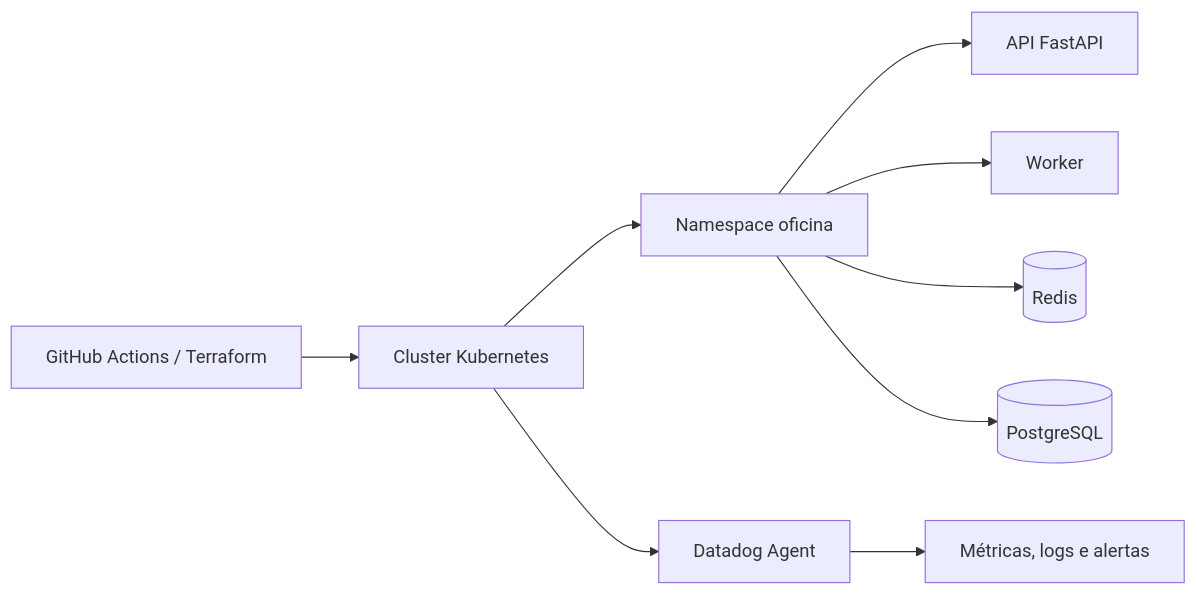
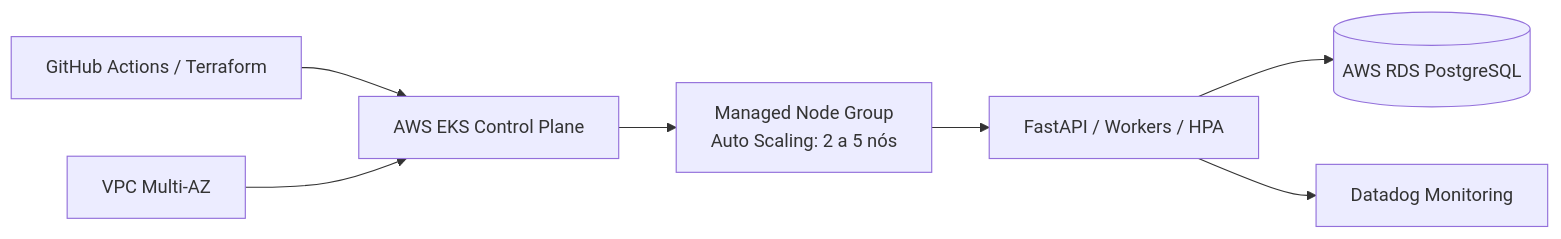
One commit to jptureta/PosTechFiap_Mecanica_k8s-infra changed the diagram in README.md. Above: the diagram before and after it, drawn with Mermaid. The commit also changed other lines of this file and 12 other files, not shown here.

````diff
--- a/README.md
+++ b/README.md
@@ -18,11 +18,9 @@
 ```mermaid
 flowchart LR
-    Pipeline[GitHub Actions / Terraform] --> Cluster[Cluster Kubernetes]
-    Cluster --> NS[Namespace oficina]
-    NS --> API[API FastAPI]
-    NS --> Worker[Worker]
-    NS --> Redis[(Redis)]
-    NS --> DB[(PostgreSQL)]
-    Cluster --> DD[Datadog Agent]
-    DD --> Signals[Métricas, logs e alertas]
+    Pipeline[GitHub Actions / Terraform] --> EKS[AWS EKS Control Plane]
+    VPC[VPC Multi-AZ] --> EKS
+    EKS --> NodeGroup[Managed Node Group\nAuto Scaling: 2 a 5 nós]
+    NodeGroup --> Pods[FastAPI / Workers / HPA]
+    Pods --> RDS[(AWS RDS PostgreSQL)]
+    Pods --> Datadog[Datadog Monitoring]
 ```
````
